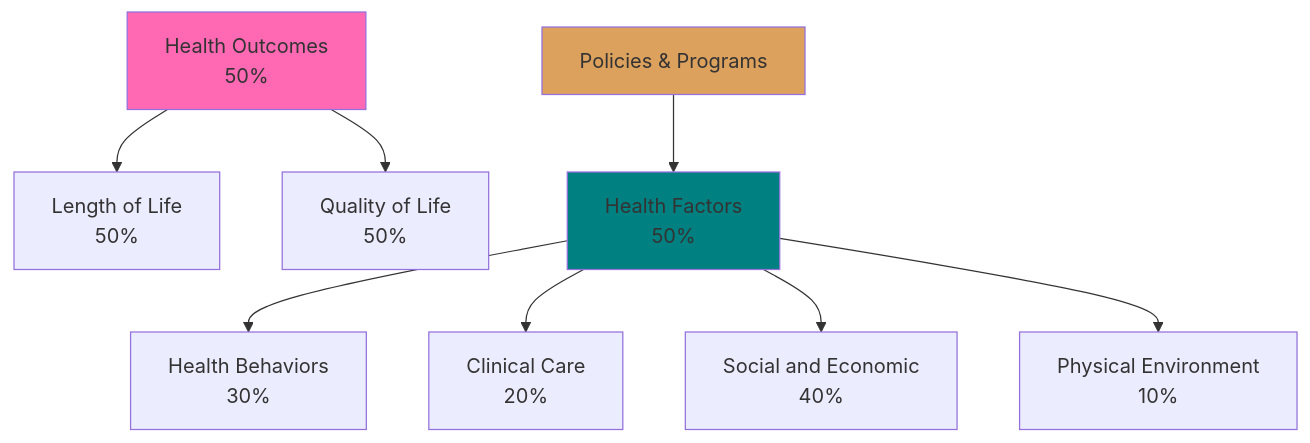
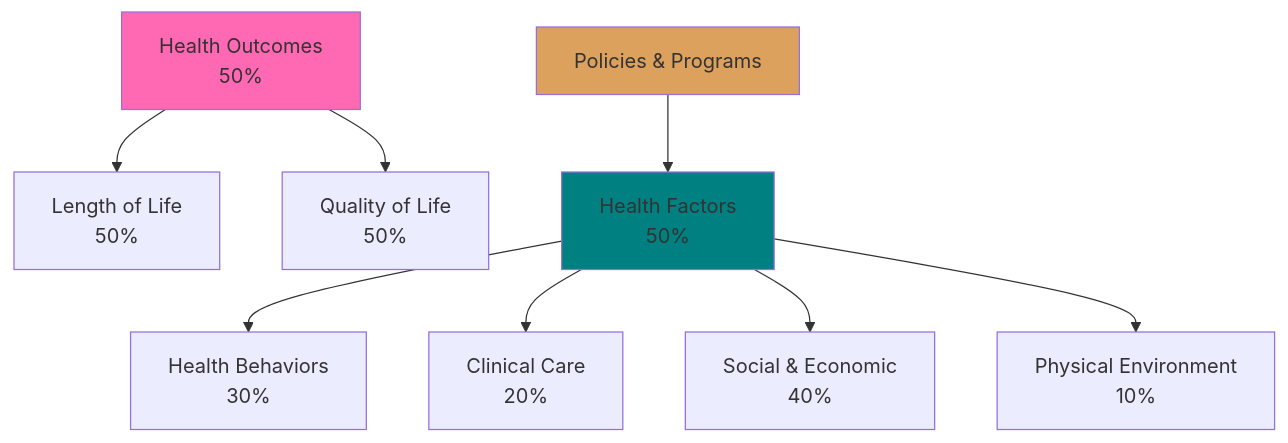
One commit to POPH-001/data changed the first of 2 diagrams in index.qmd. Above: the diagram before and after it, drawn with Mermaid. The commit also changed other lines of this file and 2 other files, not shown here.

````diff
--- a/index.qmd
+++ b/index.qmd
@@ -94,15 +91,15 @@
 ```{mermaid}
 %%| fig-width: 10
 %%| fig-height: 6
 flowchart TB
     A[Health Outcomes<br/>50%] --> B[Length of Life<br/>50%]
     A --> C[Quality of Life<br/>50%]
     D[Health Factors<br/>50%] --> E[Health Behaviors<br/>30%]
     D --> F[Clinical Care<br/>20%]
-    D --> G[Social and Economic<br/>40%]
+    D --> G[Social & Economic<br/>40%]
     D --> H[Physical Environment<br/>10%]
     I[Policies & Programs] --> D
     style A fill:#ff69b4
     style D fill:#008080
     style I fill:#dda15e
 ```
````
